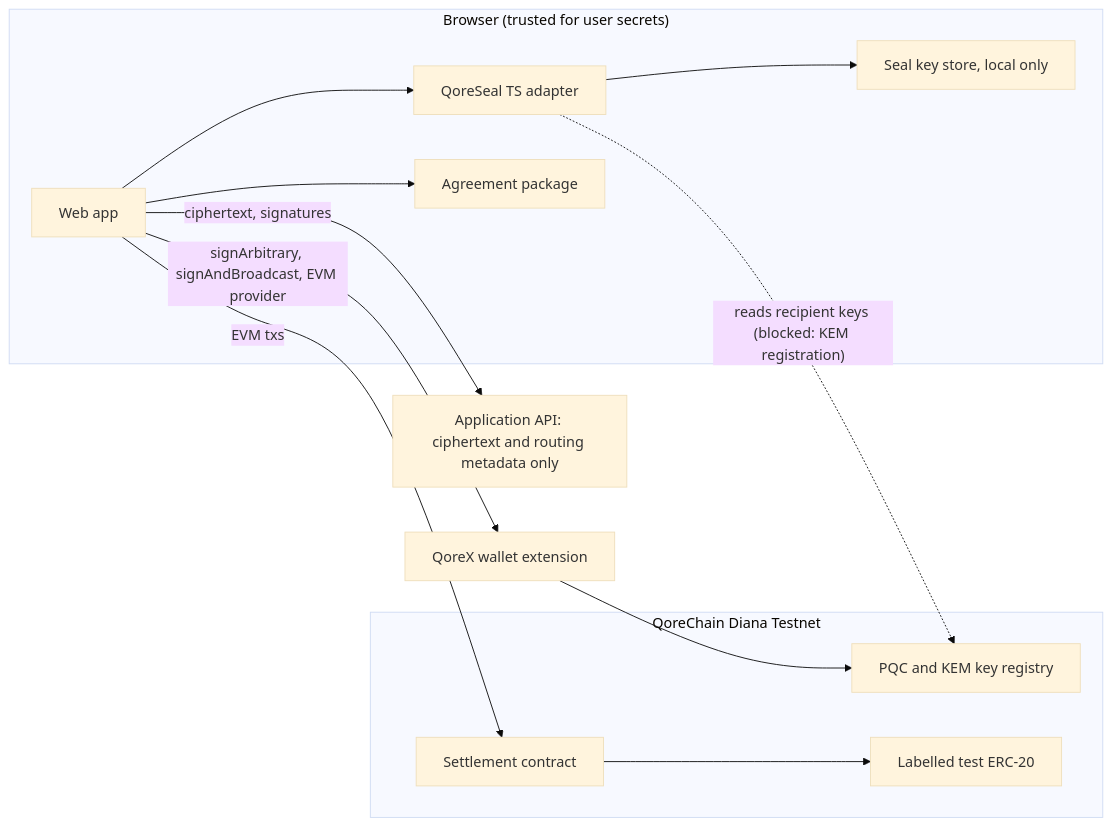
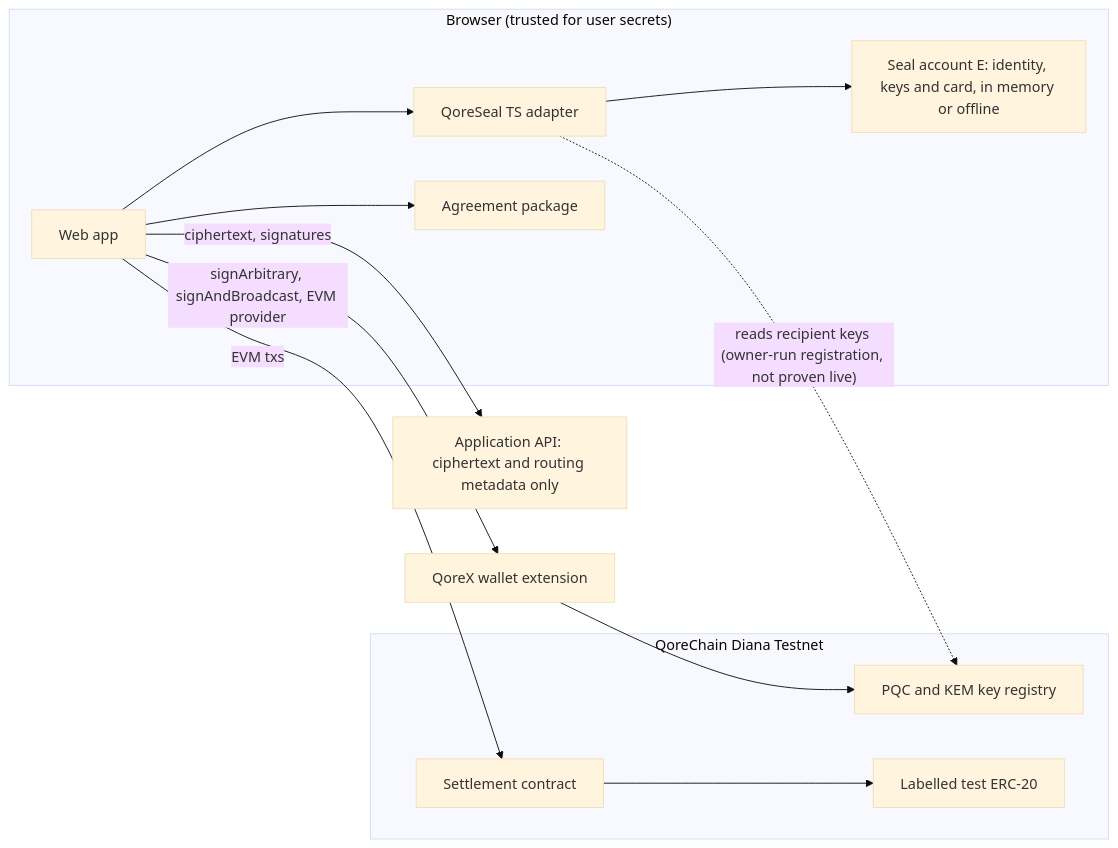
The diagram in docs/ARCHITECTURE.md (DiverseXL/loanshark), drawn with Mermaid (base theme) before and after one commit. The commit also changed other lines of this file and 8 other files, not shown here.

Commit message:
docs: close the Step 8 seal-account evidence pack

````diff
--- a/docs/ARCHITECTURE.md
+++ b/docs/ARCHITECTURE.md
@@ -7,24 +7,24 @@
 ```mermaid
 flowchart LR
   subgraph Browser["Browser (trusted for user secrets)"]
     UI[Web app]
     SEAL[QoreSeal TS adapter]
     AGR[Agreement package]
-    KEYS[Seal key store, local only]
+    KEYS[Seal account E: identity, keys and card, in memory or offline]
   end
   QX[QoreX wallet extension]
   API[Application API: ciphertext and routing metadata only]
   subgraph Chain["QoreChain Diana Testnet"]
     REG[PQC and KEM key registry]
     SET[Settlement contract]
     TOK[Labelled test ERC-20]
   end
   UI --> SEAL --> KEYS
   UI --> AGR
   UI -- "signArbitrary, signAndBroadcast, EVM provider" --> QX
   UI -- "ciphertext, signatures" --> API
   QX --> REG
   UI -- "EVM txs" --> SET
   SET --> TOK
-  SEAL -. "reads recipient keys (blocked: KEM registration)" .-> REG
+  SEAL -. "reads recipient keys (owner-run registration, not proven live)" .-> REG
 ```
````
